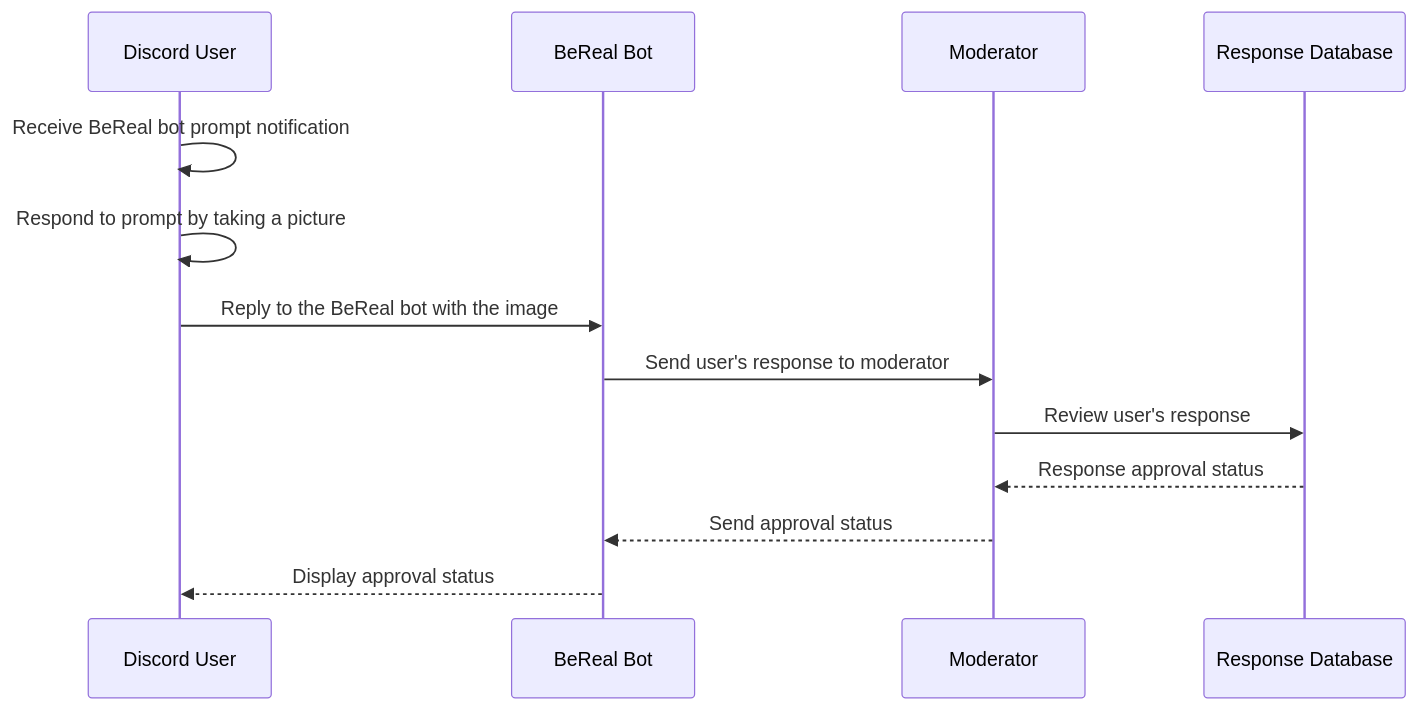
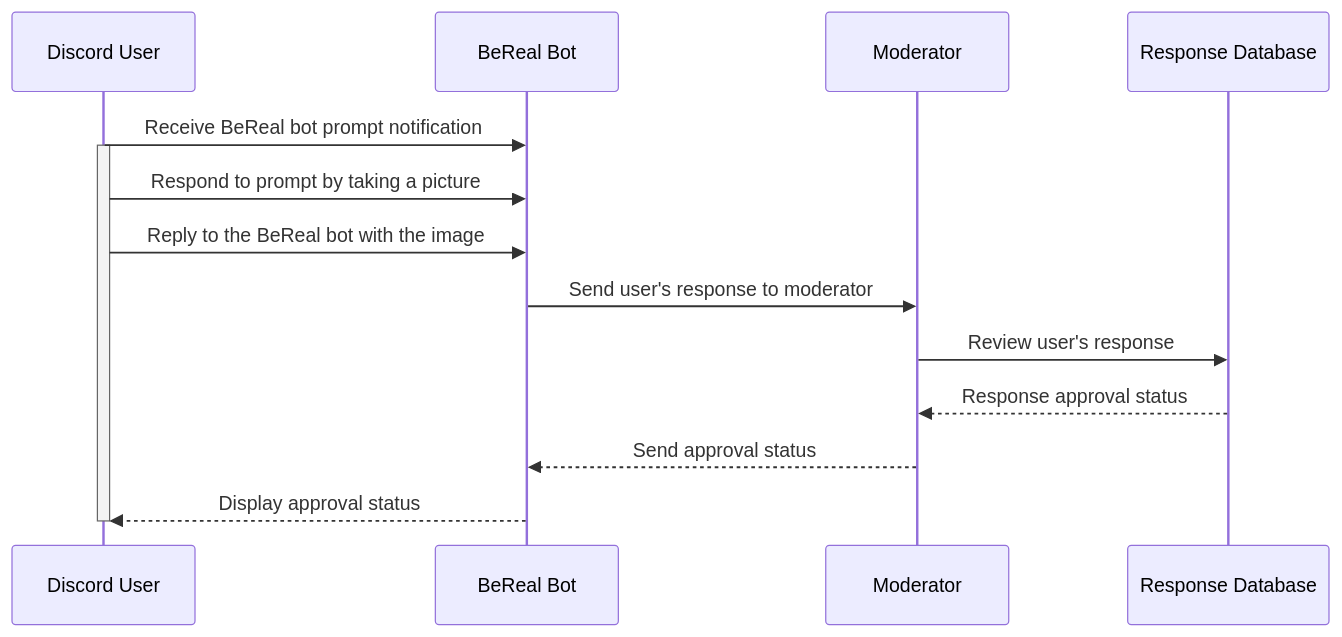
Before and after one commit to Capstone-Projects-2023-Fall/project-bereal-meets-slack: the fourth of 11 diagrams in documentation/docs/system-architecture/design.md, drawn with Mermaid. The commit also changed other lines of this file, not shown here.

````diff
--- a/documentation/docs/system-architecture/design.md
+++ b/documentation/docs/system-architecture/design.md
@@ -242,18 +242,20 @@
 ```mermaid
 
 sequenceDiagram
     participant User as Discord User
     participant BeRealBot as BeReal Bot
     participant Moderator as Moderator
     participant Database as Response Database
 
-    User ->> User: Receive BeReal bot prompt notification
-    User ->> User: Respond to prompt by taking a picture
+    User ->> BeRealBot: Receive BeReal bot prompt notification
+    activate User
+    User ->> BeRealBot: Respond to prompt by taking a picture
     User ->> BeRealBot: Reply to the BeReal bot with the image
     BeRealBot ->> Moderator: Send user's response to moderator
     Moderator ->> Database: Review user's response
     Database -->> Moderator: Response approval status
     Moderator -->> BeRealBot: Send approval status
     BeRealBot -->> User: Display approval status
+    deactivate User
 
 ```
````
